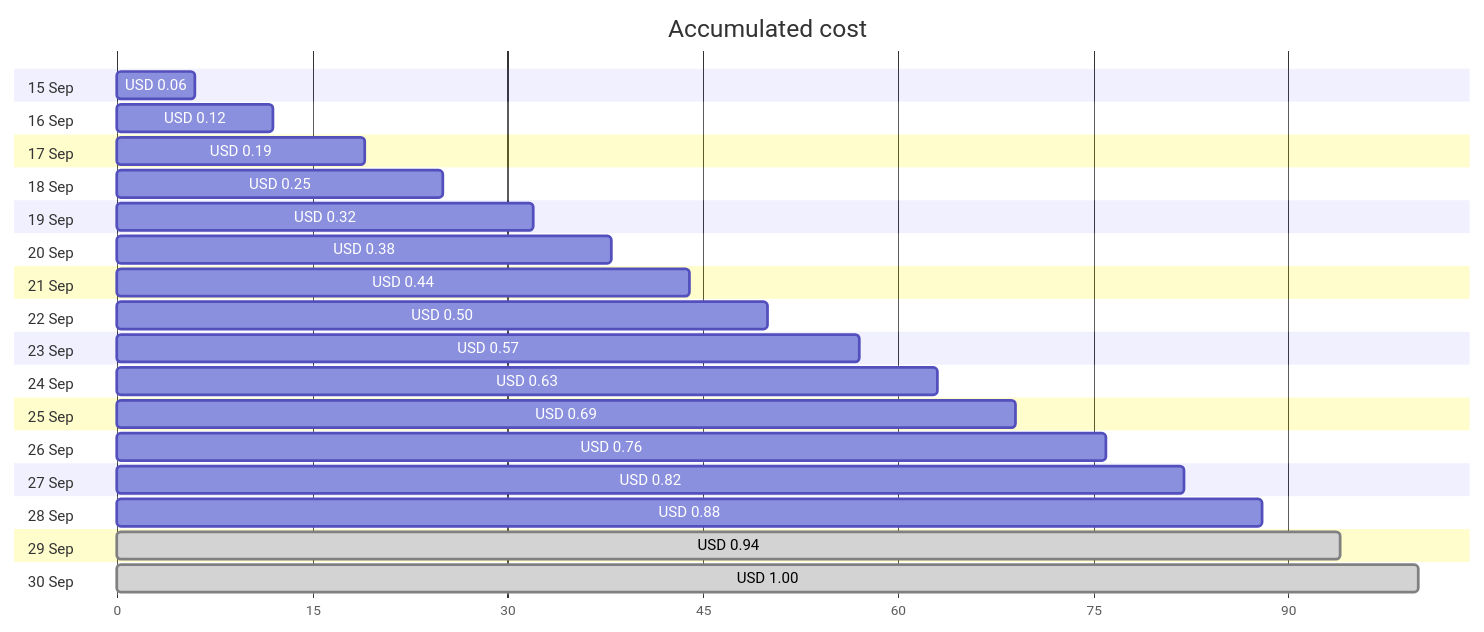
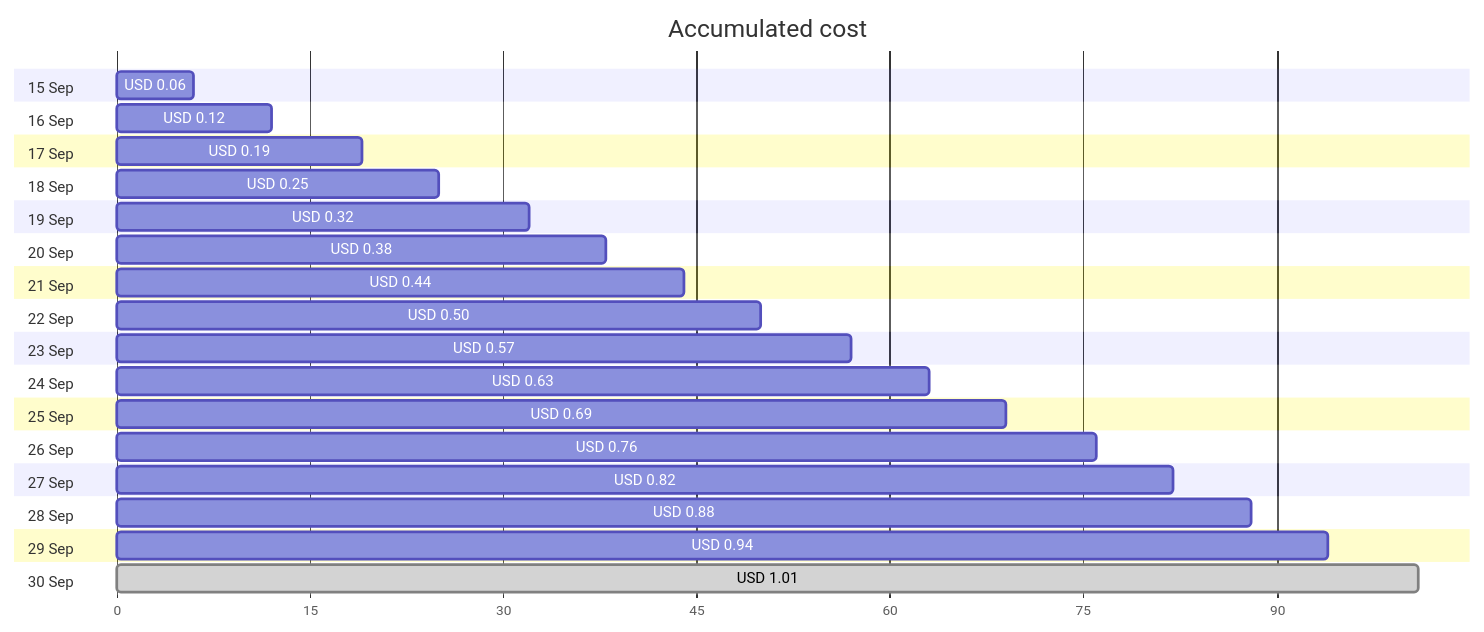
The first of 4 diagrams in cost-reports/personal-network/vpn-server_OsDisk.md (jpfulton/azure-personal-reports), drawn with Mermaid before and after one commit. The commit also changed other lines of this file and 9 other files, not shown here.

````diff
--- a/cost-reports/personal-network/vpn-server_OsDisk.md
+++ b/cost-reports/personal-network/vpn-server_OsDisk.md
@@ -20,38 +20,38 @@
 ```mermaid
 gantt
    title Accumulated cost
    dateFormat  X
    axisFormat %s
    section 15 Sep
    USD 0.06 :0, 6
    section 16 Sep
    USD 0.12 :0, 12
    section 17 Sep
    USD 0.19 :0, 19
    section 18 Sep
    USD 0.25 :0, 25
    section 19 Sep
    USD 0.32 :0, 32
    section 20 Sep
    USD 0.38 :0, 38
    section 21 Sep
    USD 0.44 :0, 44
    section 22 Sep
    USD 0.50 :0, 50
    section 23 Sep
    USD 0.57 :0, 57
    section 24 Sep
    USD 0.63 :0, 63
    section 25 Sep
    USD 0.69 :0, 69
    section 26 Sep
    USD 0.76 :0, 76
    section 27 Sep
    USD 0.82 :0, 82
    section 28 Sep
    USD 0.88 :0, 88
    section 29 Sep
-   USD 0.94 : done, 0, 94
+   USD 0.94 :0, 94
    section 30 Sep
-   USD 1.00 : done, 0, 100
+   USD 1.01 : done, 0, 101
 ```
````
